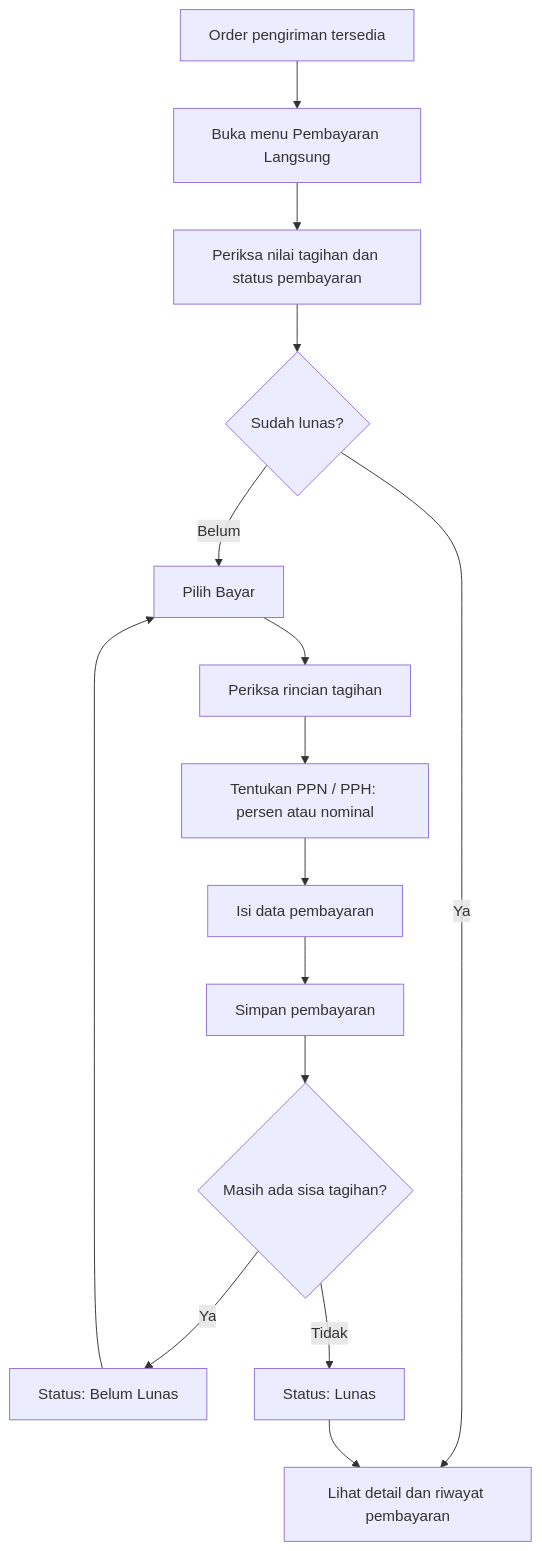
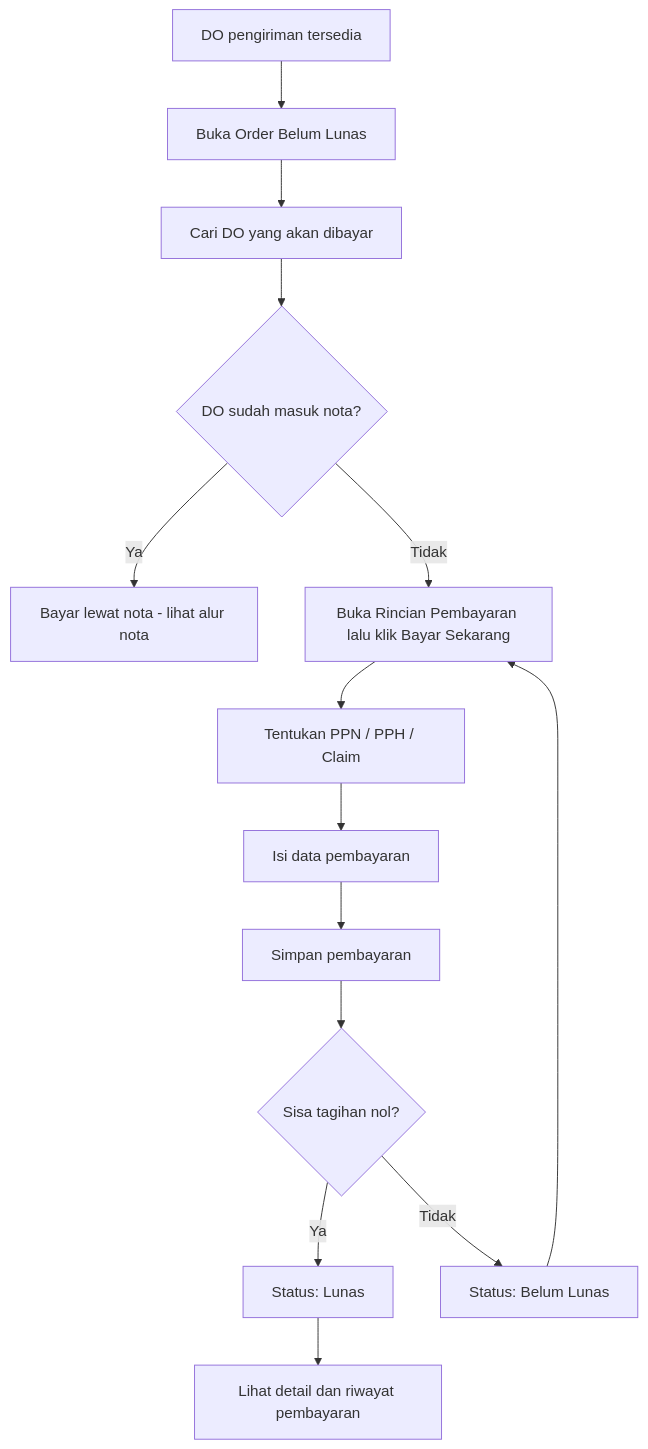
The first of 6 diagrams in md/pembayaran-langsung.md (fachrianalbar/fms-phl), drawn with Mermaid before and after one commit. The commit also changed other lines of this file and 22 other files, not shown here.

Commit message:
Add note grouping and multi-DO payment flow

````diff
--- a/md/pembayaran-langsung.md
+++ b/md/pembayaran-langsung.md
@@ -28,17 +36,16 @@
 ```mermaid
 flowchart TD
-    A[Order pengiriman tersedia] --> B[Buka menu Pembayaran Langsung]
-    B --> C[Periksa nilai tagihan dan status pembayaran]
-    C --> D{Sudah lunas?}
-    D -->|Ya| E[Lihat detail dan riwayat pembayaran]
-    D -->|Belum| F[Pilih Bayar]
-    F --> G[Periksa rincian tagihan]
-    G --> H[Tentukan PPN / PPH: persen atau nominal]
-    H --> I[Isi data pembayaran]
-    I --> J[Simpan pembayaran]
-    J --> K{Masih ada sisa tagihan?}
-    K -->|Ya| L[Status: Belum Lunas]
-    K -->|Tidak| M[Status: Lunas]
+    A[DO pengiriman tersedia] --> B[Buka Order Belum Lunas]
+    B --> C[Cari DO yang akan dibayar]
+    C --> D{DO sudah masuk nota?}
+    D -->|Ya| E[Bayar lewat nota - lihat alur nota]
+    D -->|Tidak| F[Buka Rincian Pembayaran lalu klik Bayar Sekarang]
+    F --> G[Tentukan PPN / PPH / Claim]
+    G --> H[Isi data pembayaran]
+    H --> I[Simpan pembayaran]
+    I --> J{Sisa tagihan nol?}
+    J -->|Ya| K[Status: Lunas]
+    J -->|Tidak| L[Status: Belum Lunas]
     L --> F
-    M --> E
+    K --> M[Lihat detail dan riwayat pembayaran]
 ```
````
